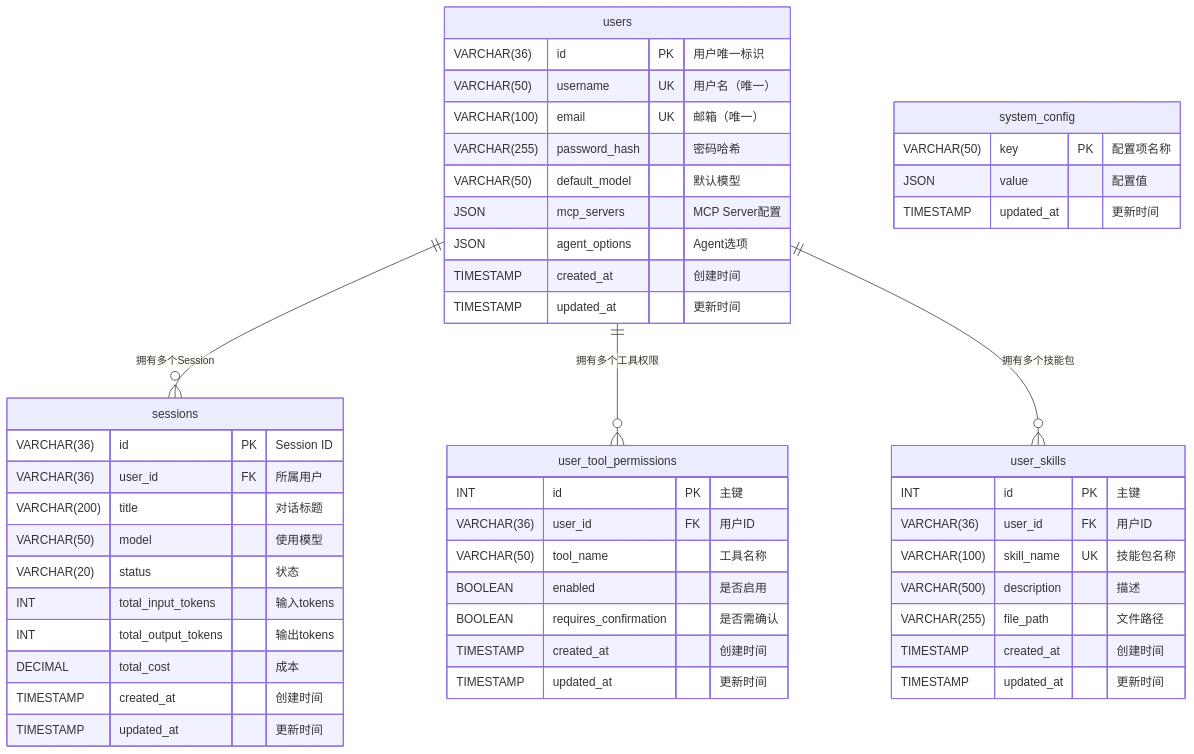
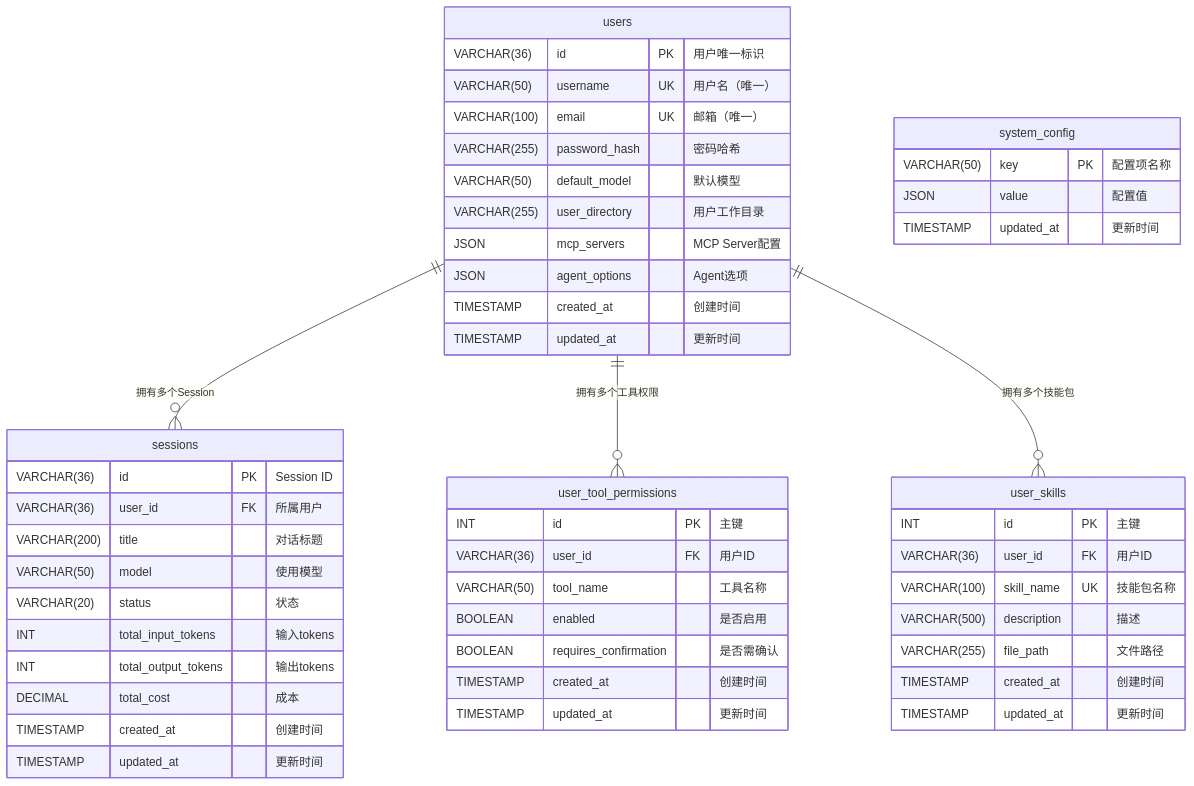
One commit to xiaocaipi/mm-doc changed diagram 37 of 45 in agent/agent_project_design_1.md. Above: the diagram before and after it, drawn with Mermaid. The commit also changed other lines of this file, not shown here.

````diff
--- a/agent/agent_project_design_1.md
+++ b/agent/agent_project_design_1.md
@@ -2047,57 +2268,58 @@
 ```mermaid
 erDiagram
     USERS["users"] {
         VARCHAR(36) id PK "用户唯一标识"
         VARCHAR(50) username UK "用户名（唯一）"
         VARCHAR(100) email UK "邮箱（唯一）"
         VARCHAR(255) password_hash "密码哈希"
         VARCHAR(50) default_model "默认模型"
+        VARCHAR(255) user_directory "用户工作目录"
         JSON mcp_servers "MCP Server配置"
         JSON agent_options "Agent选项"
         TIMESTAMP created_at "创建时间"
         TIMESTAMP updated_at "更新时间"
     }
     
     SESSIONS["sessions"] {
         VARCHAR(36) id PK "Session ID"
         VARCHAR(36) user_id FK "所属用户"
         VARCHAR(200) title "对话标题"
         VARCHAR(50) model "使用模型"
         VARCHAR(20) status "状态"
         INT total_input_tokens "输入tokens"
         INT total_output_tokens "输出tokens"
         DECIMAL total_cost "成本"
         TIMESTAMP created_at "创建时间"
         TIMESTAMP updated_at "更新时间"
     }
     
     USER_TOOL_PERMISSIONS["user_tool_permissions"] {
         INT id PK "主键"
         VARCHAR(36) user_id FK "用户ID"
         VARCHAR(50) tool_name "工具名称"
         BOOLEAN enabled "是否启用"
         BOOLEAN requires_confirmation "是否需确认"
         TIMESTAMP created_at "创建时间"
         TIMESTAMP updated_at "更新时间"
     }
     
     USER_SKILLS["user_skills"] {
         INT id PK "主键"
         VARCHAR(36) user_id FK "用户ID"
         VARCHAR(100) skill_name UK "技能包名称"
         VARCHAR(500) description "描述"
         VARCHAR(255) file_path "文件路径"
         TIMESTAMP created_at "创建时间"
         TIMESTAMP updated_at "更新时间"
     }
     
     SYSTEM_CONFIG["system_config"] {
         VARCHAR(50) key PK "配置项名称"
         JSON value "配置值"
         TIMESTAMP updated_at "更新时间"
     }
     
     USERS ||--o{ SESSIONS : "拥有多个Session"
     USERS ||--o{ USER_TOOL_PERMISSIONS : "拥有多个工具权限"
     USERS ||--o{ USER_SKILLS : "拥有多个技能包"
 ```
````
